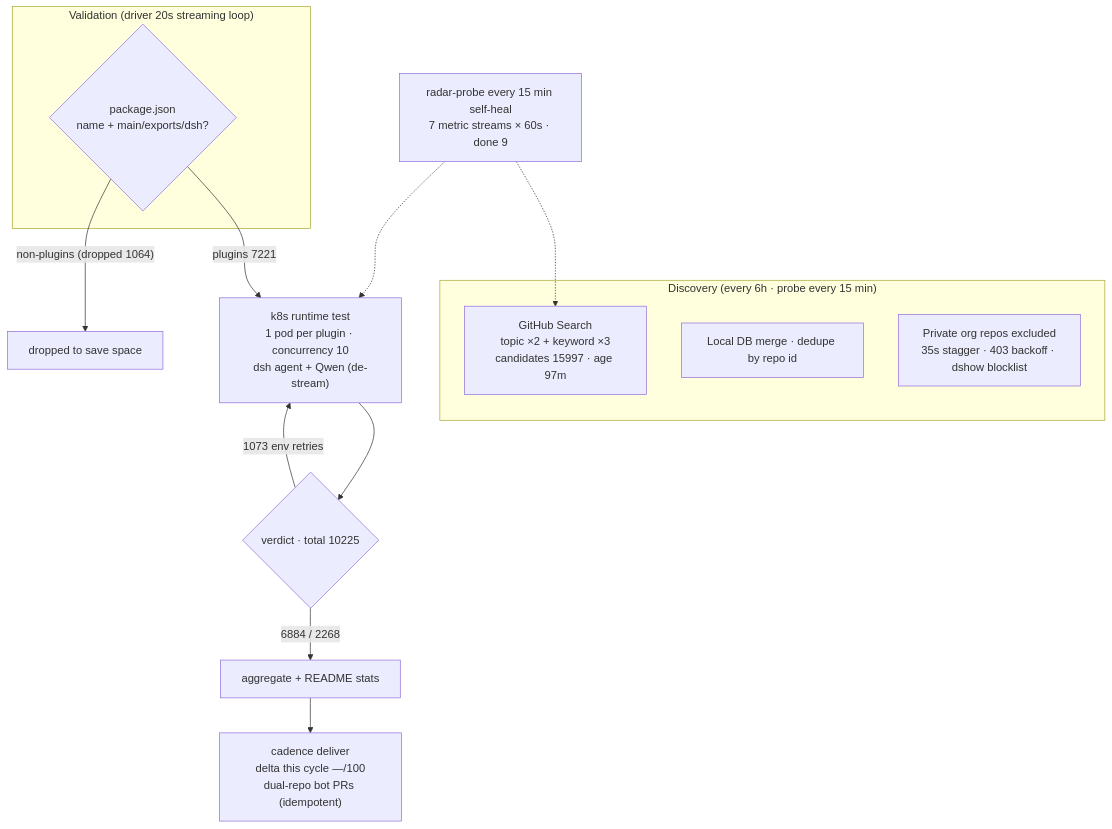
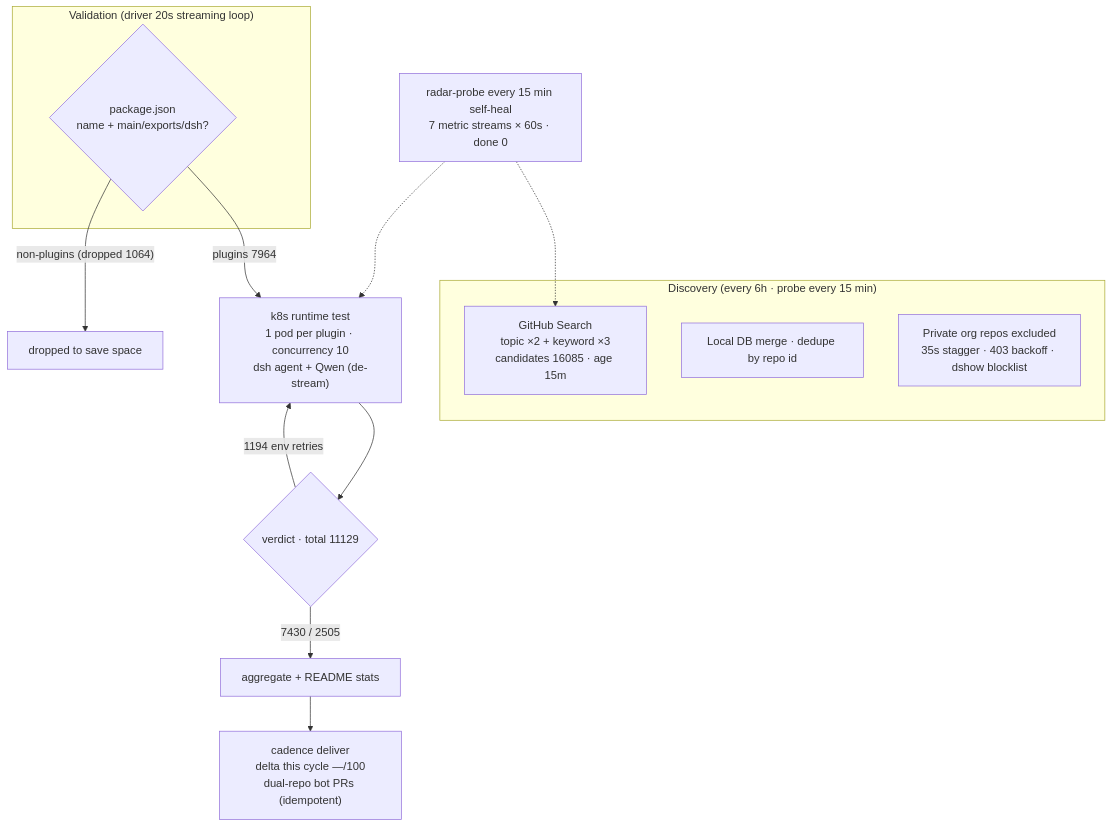
One commit to Zhidao-Lab-OSS/awesome-dsh-plugins changed the diagram in README.en-US.md. Above: the diagram before and after it, drawn with Mermaid. The commit also changed other lines of this file and 1 other file, not shown here.

````diff
--- a/README.en-US.md
+++ b/README.en-US.md
@@ -30,20 +45,20 @@
 ```mermaid
 flowchart TB
     subgraph Discovery["Discovery (every 6h · probe every 15 min)"]
-        A1["GitHub Search<br/>topic ×2 + keyword ×3<br/>candidates 15997 · age 97m"]
+        A1["GitHub Search<br/>topic ×2 + keyword ×3<br/>candidates 16085 · age 15m"]
         A2["Local DB merge · dedupe by repo id"]
         A3["Private org repos excluded<br/>35s stagger · 403 backoff · dshow blocklist"]
     end
     subgraph Validation["Validation (driver 20s streaming loop)"]
         B1{"package.json<br/>name + main/exports/dsh?"}
     end
-    B1 -->|"plugins 7221"| C1["k8s runtime test<br/>1 pod per plugin · concurrency 10<br/>dsh agent + Qwen (de-stream)"]
+    B1 -->|"plugins 7964"| C1["k8s runtime test<br/>1 pod per plugin · concurrency 10<br/>dsh agent + Qwen (de-stream)"]
     B1 -->|"non-plugins (dropped 1064)"| B3["dropped to save space"]
-    C1 --> D1{"verdict · total 10225"}
-    D1 -->|"6884 / 2268"| E1["aggregate + README stats"]
-    D1 -->|"1073 env retries"| C1
+    C1 --> D1{"verdict · total 11129"}
+    D1 -->|"7430 / 2505"| E1["aggregate + README stats"]
+    D1 -->|"1194 env retries"| C1
     E1 --> E2["cadence deliver<br/>delta this cycle —/100<br/>dual-repo bot PRs (idempotent)"]
-    M["radar-probe every 15 min self-heal<br/>7 metric streams × 60s · done 9"]
+    M["radar-probe every 15 min self-heal<br/>7 metric streams × 60s · done 0"]
     M -.-> A1
     M -.-> C1
 ```
````
